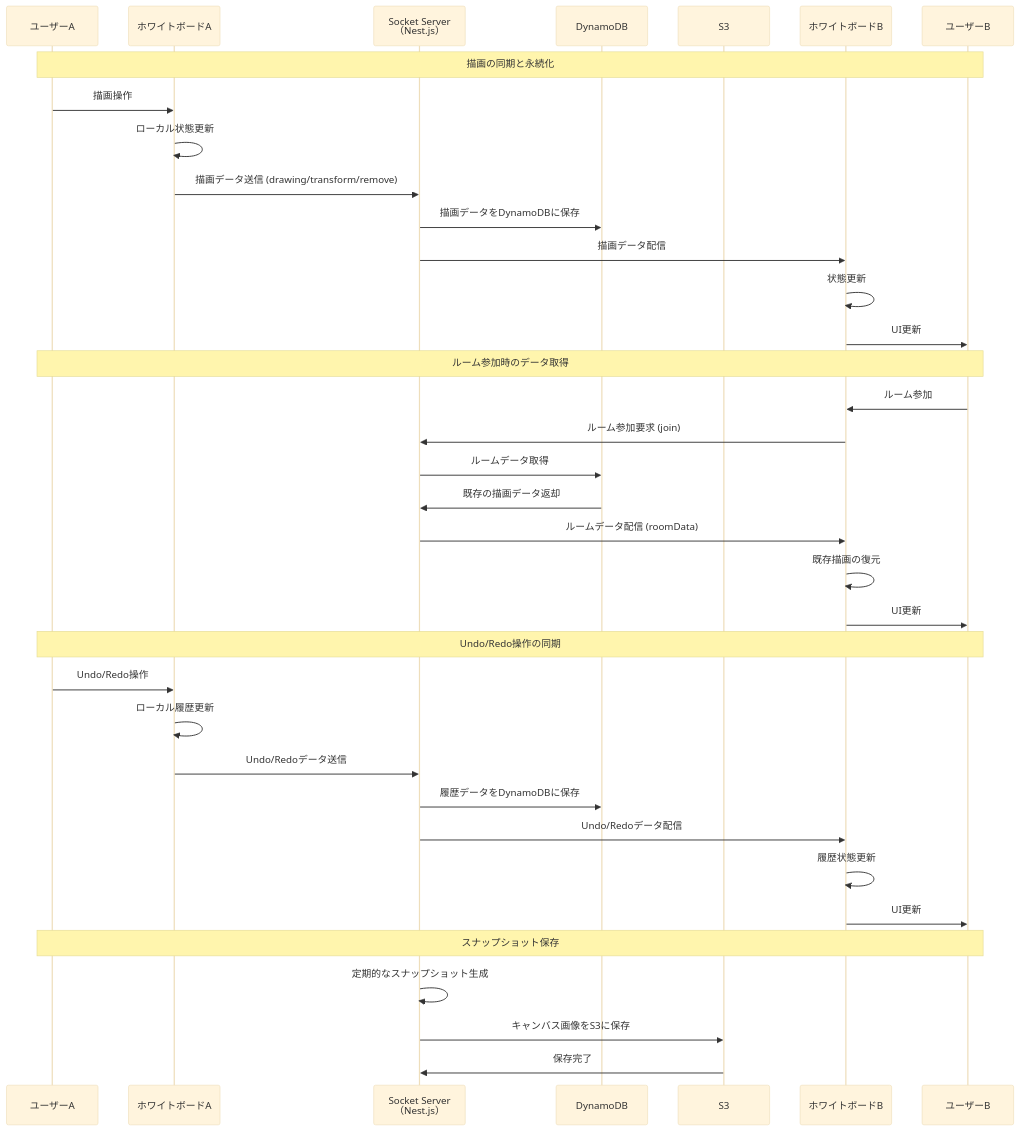
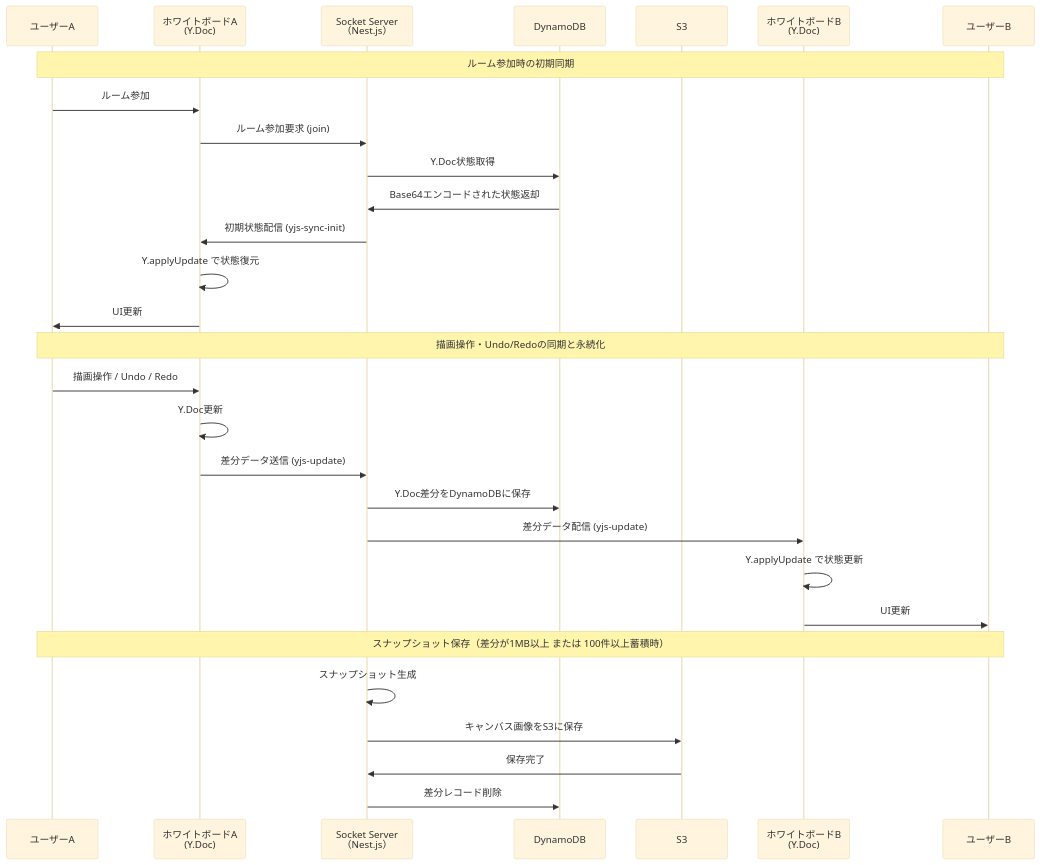
Before and after one commit to asanntech/white-board-front: the second of 2 diagrams in README.md, drawn with Mermaid (base theme). The commit also changed other lines of this file and 1 other file, not shown here.

Commit message:
docs: update CLAUDE.md and README.md to reflect Yjs integration for real-time synchronization

````diff
--- a/README.md
+++ b/README.md
@@ -221,42 +224,34 @@
 ```mermaid
 sequenceDiagram
     participant U1 as ユーザーA
-    participant WA as ホワイトボードA
-    participant S as Socket Server <br>（Nest.js）
+    participant WA as ホワイトボードA<br>(Y.Doc)
+    participant S as Socket Server<br>（Nest.js）
     participant DB as DynamoDB
     participant S3 as S3
-    participant WB as ホワイトボードB
+    participant WB as ホワイトボードB<br>(Y.Doc)
     participant U2 as ユーザーB
 
-    Note over U1,U2: 描画の同期と永続化
-    U1->>WA: 描画操作
-    WA->>WA: ローカル状態更新
-    WA->>S: 描画データ送信 (drawing/transform/remove)
-    S->>DB: 描画データをDynamoDBに保存
-    S->>WB: 描画データ配信
-    WB->>WB: 状態更新
+    Note over U1,U2: ルーム参加時の初期同期
+    U1->>WA: ルーム参加
+    WA->>S: ルーム参加要求 (join)
+    S->>DB: Y.Doc状態取得
+    DB->>S: Base64エンコードされた状態返却
+    S->>WA: 初期状態配信 (yjs-sync-init)
+    WA->>WA: Y.applyUpdate で状態復元
+    WA->>U1: UI更新
+
+    Note over U1,U2: 描画操作・Undo/Redoの同期と永続化
+    U1->>WA: 描画操作 / Undo / Redo
+    WA->>WA: Y.Doc更新
+    WA->>S: 差分データ送信 (yjs-update)
+    S->>DB: Y.Doc差分をDynamoDBに保存
+    S->>WB: 差分データ配信 (yjs-update)
+    WB->>WB: Y.applyUpdate で状態更新
     WB->>U2: UI更新
 
-    Note over U1,U2: ルーム参加時のデータ取得
-    U2->>WB: ルーム参加
-    WB->>S: ルーム参加要求 (join)
-    S->>DB: ルームデータ取得
-    DB->>S: 既存の描画データ返却
-    S->>WB: ルームデータ配信 (roomData)
-    WB->>WB: 既存描画の復元
-    WB->>U2: UI更新
-
-    Note over U1,U2: Undo/Redo操作の同期
-    U1->>WA: Undo/Redo操作
-    WA->>WA: ローカル履歴更新
-    WA->>S: Undo/Redoデータ送信
-    S->>DB: 履歴データをDynamoDBに保存
-    S->>WB: Undo/Redoデータ配信
-    WB->>WB: 履歴状態更新
-    WB->>U2: UI更新
-
-    Note over U1,U2: スナップショット保存
-    S->>S: 定期的なスナップショット生成
+    Note over U1,U2: スナップショット保存（差分が1MB以上 または 100件以上蓄積時）
+    S->>S: スナップショット生成
     S->>S3: キャンバス画像をS3に保存
     S3->>S: 保存完了
+    S->>DB: 差分レコード削除
 ```
````
